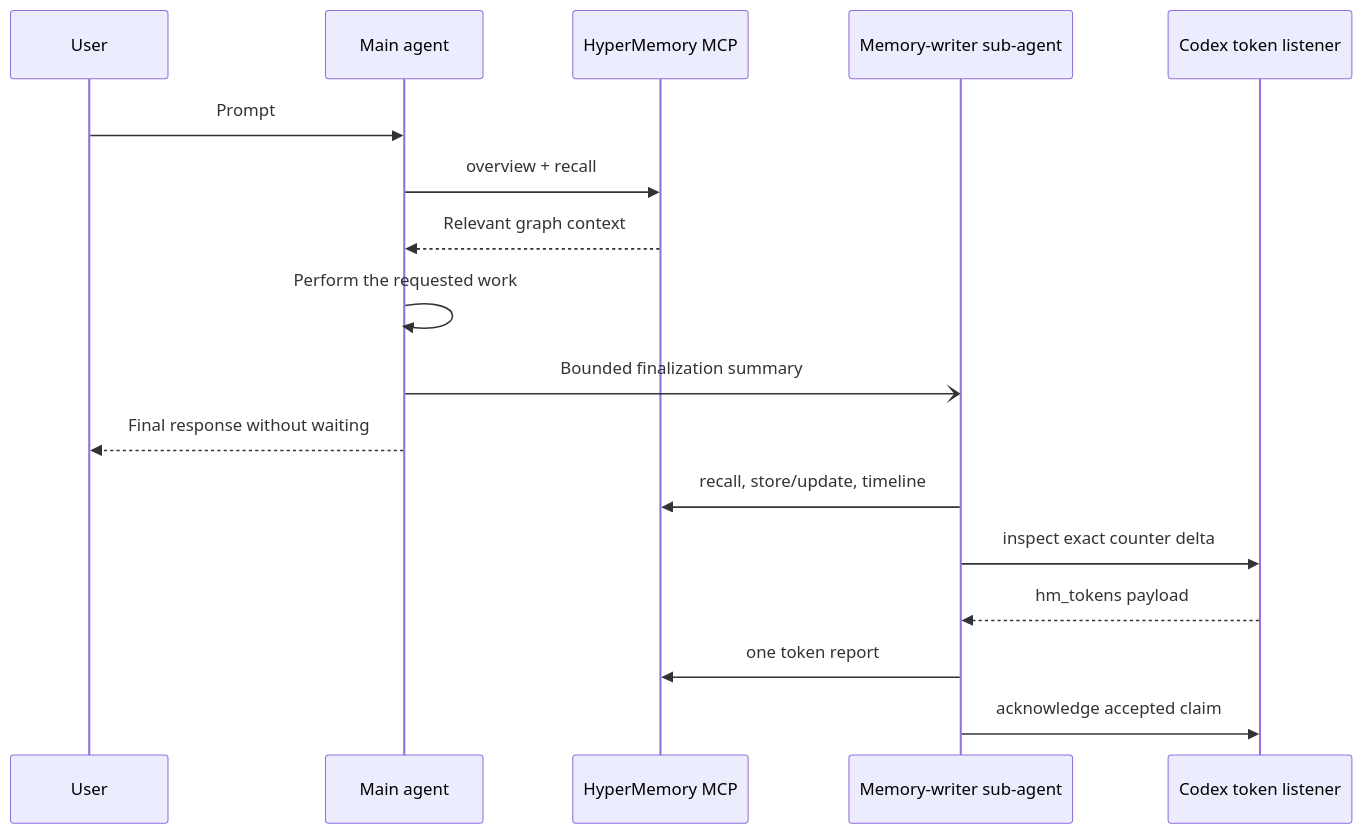
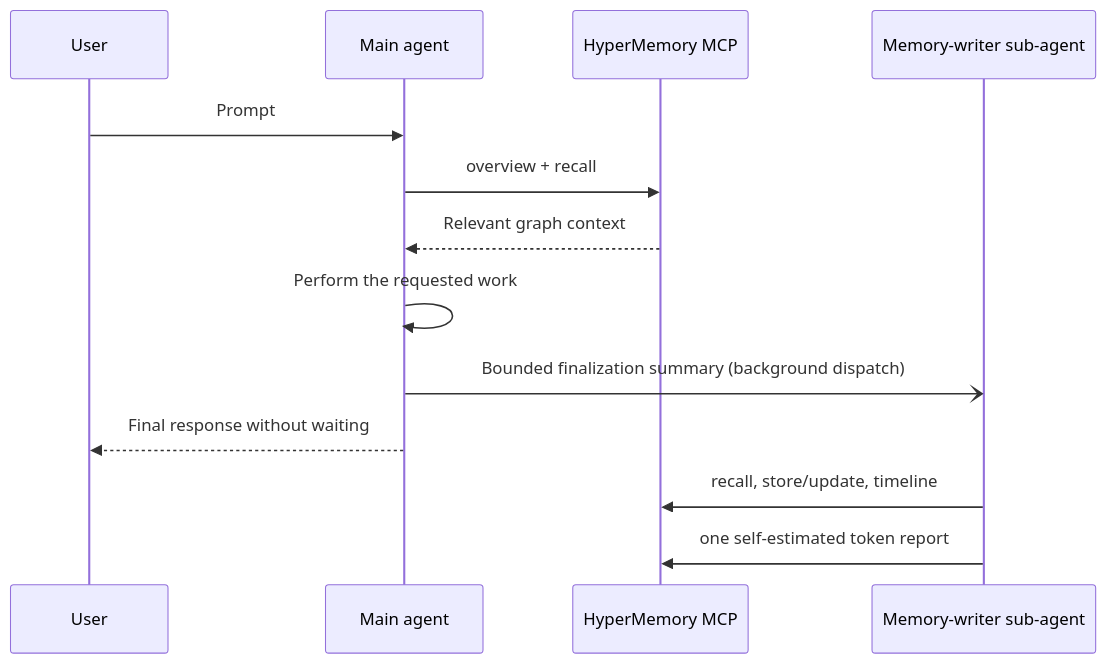
One commit to hypermemory-ai/hm-plugin-kimi changed the second of 3 diagrams in docs/ARCHITECTURE.md. Above: the diagram before and after it, drawn with Mermaid. The commit also changed other lines of this file and 37 other files, not shown here.

````diff
--- a/docs/ARCHITECTURE.md
+++ b/docs/ARCHITECTURE.md
@@ -30,20 +30,16 @@
 ```mermaid
 sequenceDiagram
     participant U as User
     participant M as Main agent
     participant MCP as HyperMemory MCP
     participant W as Memory-writer sub-agent
-    participant L as Codex token listener
 
     U->>M: Prompt
     M->>MCP: overview + recall
     MCP-->>M: Relevant graph context
     M->>M: Perform the requested work
-    M-)W: Bounded finalization summary
+    M-)W: Bounded finalization summary (background dispatch)
     M-->>U: Final response without waiting
     W->>MCP: recall, store/update, timeline
-    W->>L: inspect exact counter delta
-    L-->>W: hm_tokens payload
-    W->>MCP: one token report
-    W->>L: acknowledge accepted claim
+    W->>MCP: one self-estimated token report
 ```
````
